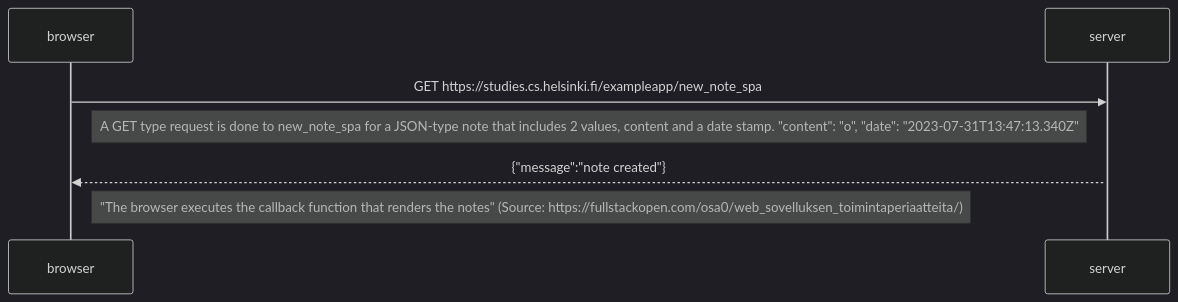
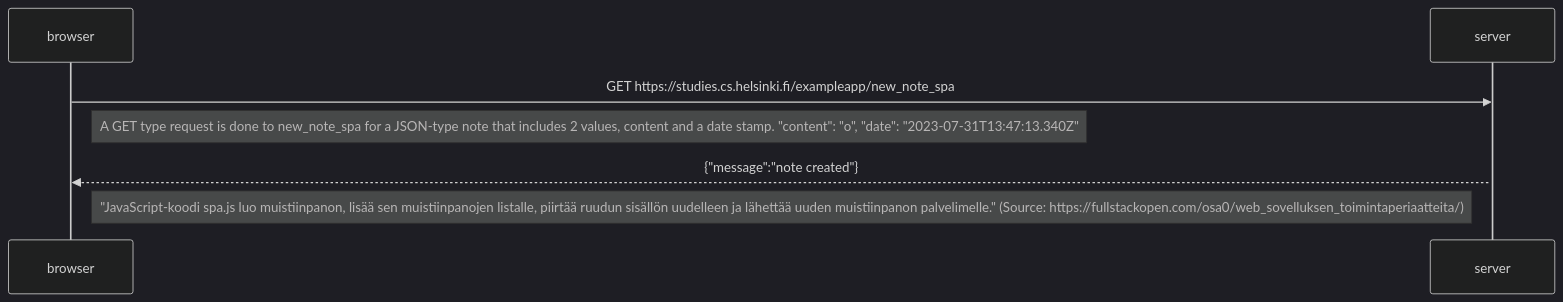
One commit to alelikak/fullstackopen changed the diagram in 06.md. Above: the diagram before and after it, drawn with Mermaid (dark theme).

````diff
--- a/06.md
+++ b/06.md
@@ -1,12 +1,12 @@
 ```mermaid
 sequenceDiagram
     participant browser
     participant server
     
     browser->>server: GET https://studies.cs.helsinki.fi/exampleapp/new_note_spa
     Note right of browser: A GET type request is done to new_note_spa for a JSON-type note that includes 2 values, content and a date stamp. "content": "o", "date": "2023-07-31T13:47:13.340Z"
 
     activate server
     server-->>browser: {"message":"note created"}
-    Note right of browser: "The browser executes the callback function that renders the notes" (Source: https://fullstackopen.com/osa0/web_sovelluksen_toimintaperiaatteita/)
+    Note right of browser: "JavaScript-koodi spa.js luo muistiinpanon, lisää sen muistiinpanojen listalle, piirtää ruudun sisällön uudelleen ja lähettää uuden muistiinpanon palvelimelle." (Source: https://fullstackopen.com/osa0/web_sovelluksen_toimintaperiaatteita/)
 ```
````
